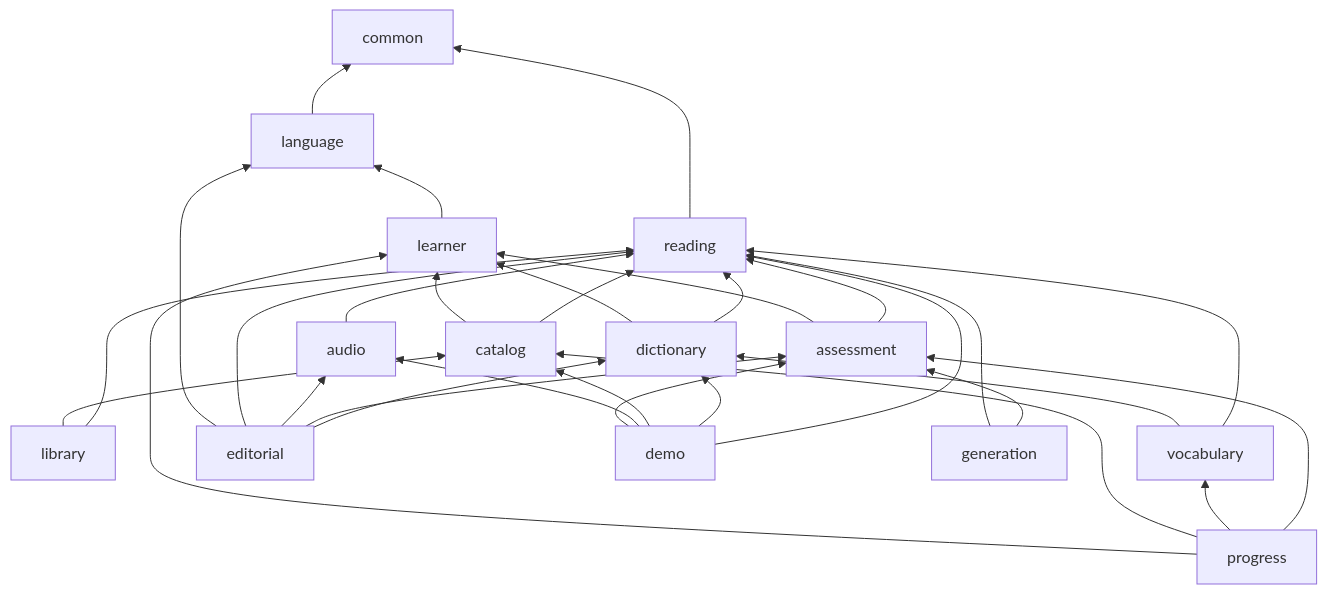
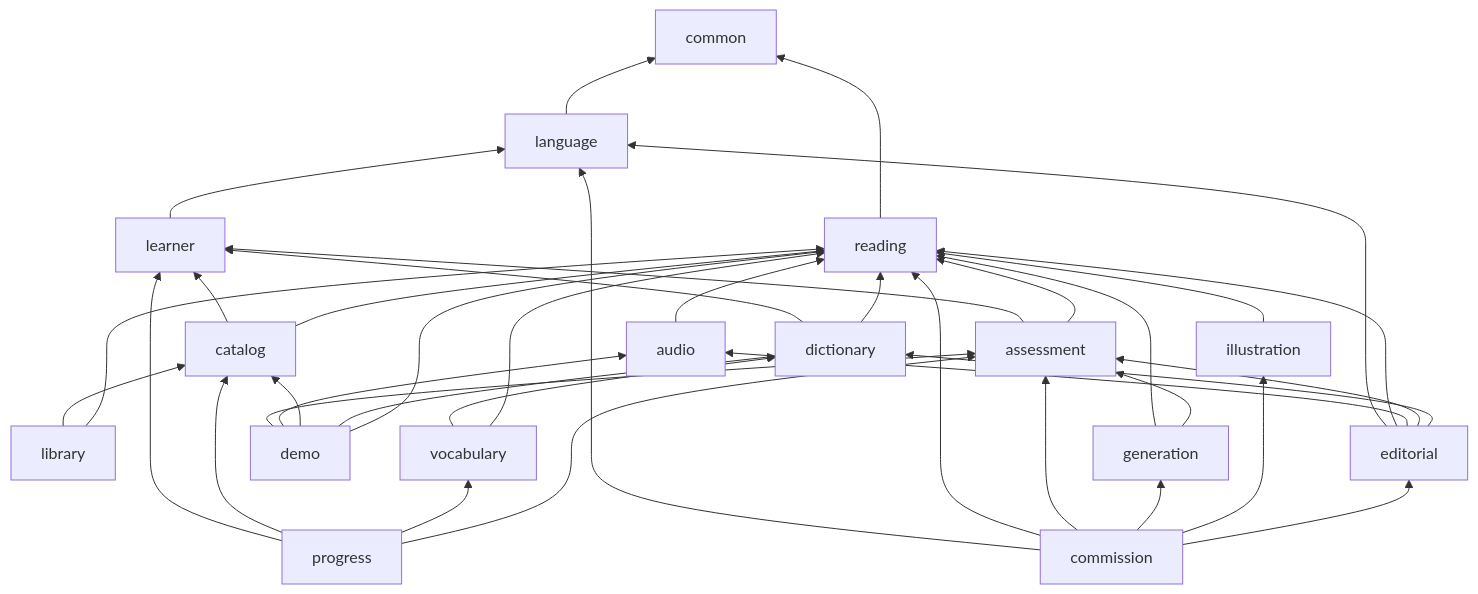
Before and after one commit to wasichai/lesen: the second of 2 diagrams in docs/architecture/overview.md, drawn with Mermaid. The commit also changed other lines of this file and 71 other files, not shown here.

````diff
--- a/docs/architecture/overview.md
+++ b/docs/architecture/overview.md
@@ -44,17 +44,19 @@
 ```mermaid
 flowchart BT
   common
   language --> common
   learner --> language
   reading --> common
   catalog --> learner & reading
   dictionary --> learner & reading
   library --> catalog & reading
   vocabulary --> dictionary & reading
   audio --> reading
   assessment --> learner & reading
   progress --> learner & catalog & vocabulary & assessment
   editorial --> language & reading & audio & assessment & dictionary
   demo --> assessment & audio & catalog & dictionary & reading
   generation --> reading & assessment
+  illustration --> reading
+  commission --> language & reading & assessment & generation & illustration & editorial
 ```
````
